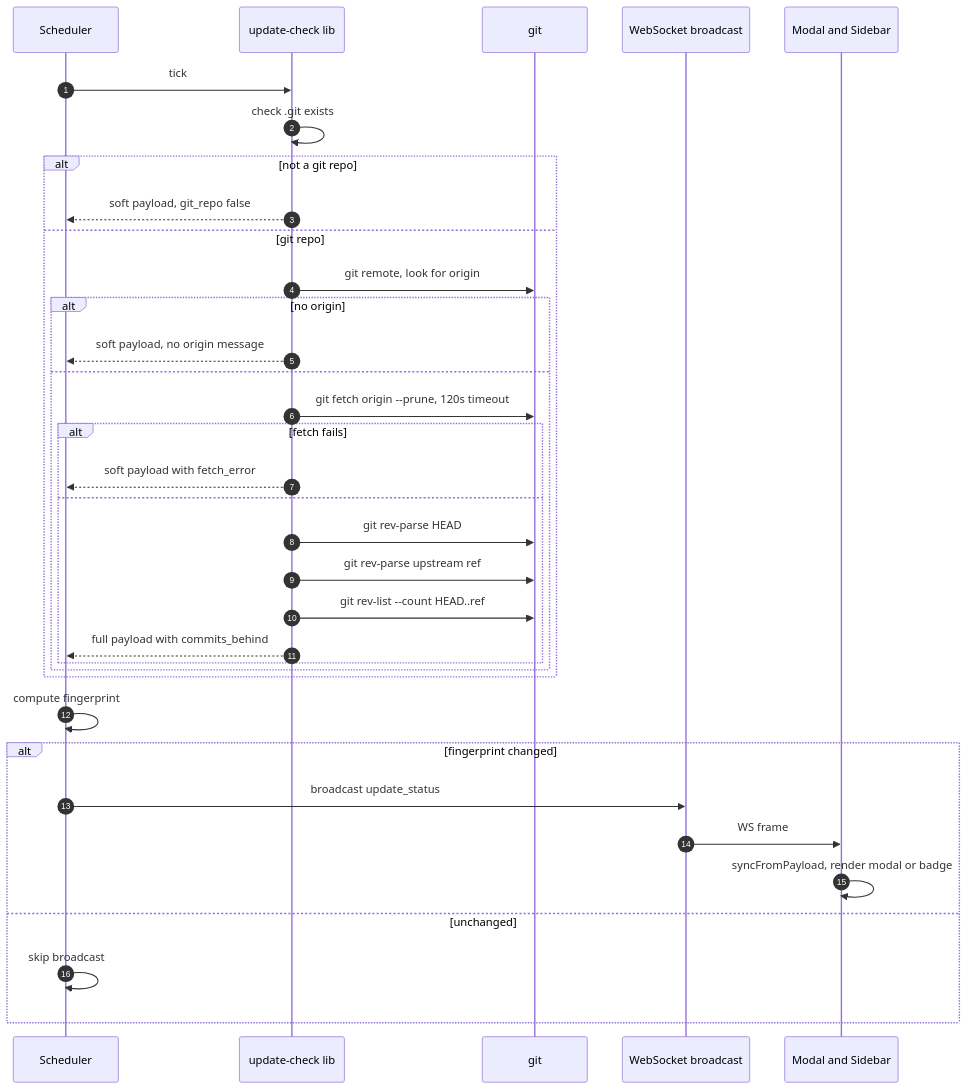
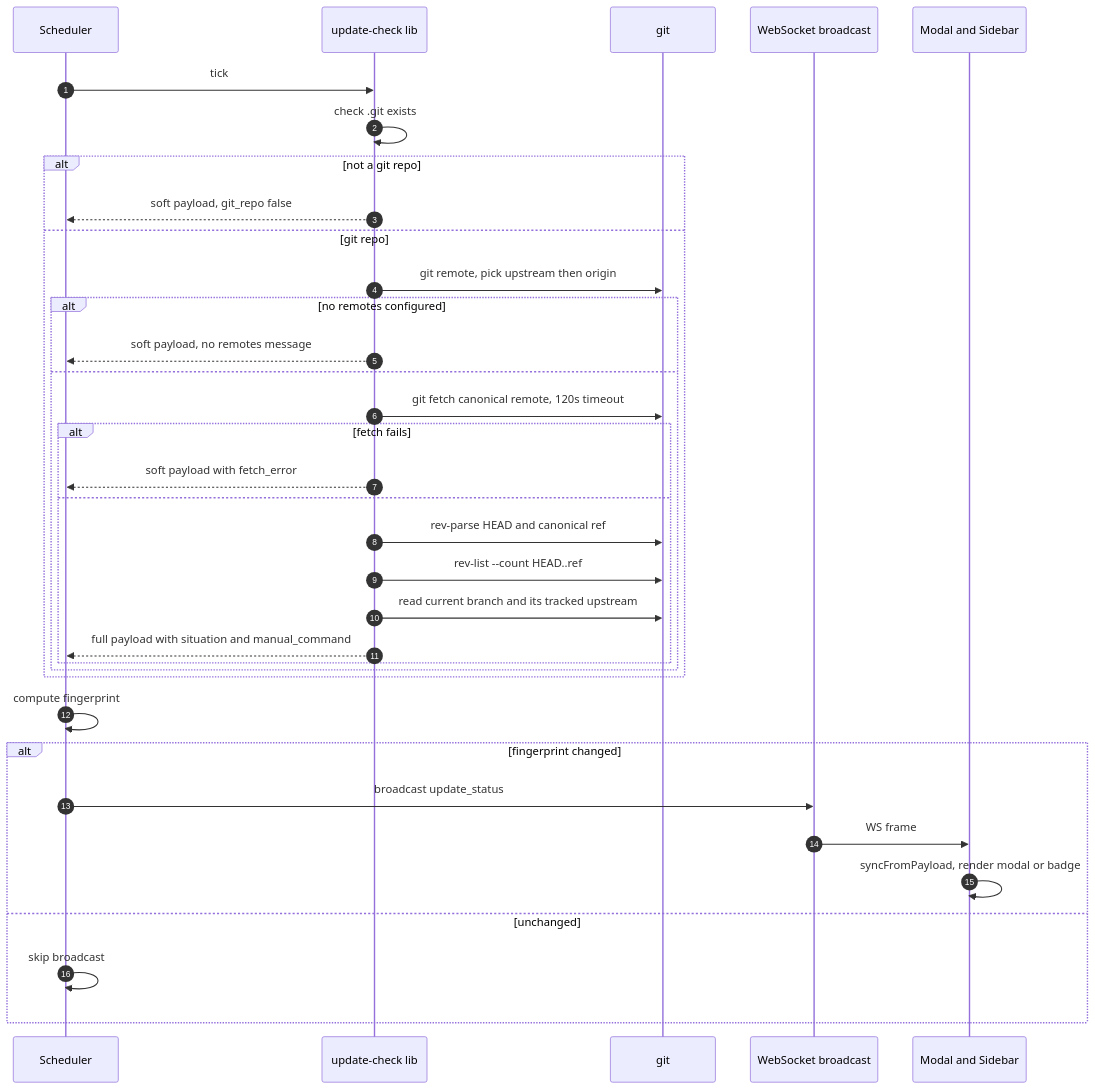
Before and after one commit to hoangsonww/Claude-Code-Agent-Monitor: diagram 30 of 38 in ARCHITECTURE.md, drawn with Mermaid. The commit also changed other lines of this file and 10 other files, not shown here.

First line of the commit message:
feat(updates): make update notifier branch- and fork-aware; shape manual_command per situation

````diff
--- a/ARCHITECTURE.md
+++ b/ARCHITECTURE.md
@@ -1524,38 +1524,38 @@
 ```mermaid
 sequenceDiagram
     autonumber
     participant Sched as Scheduler
     participant Lib as update-check lib
     participant Git as git
     participant WS as WebSocket broadcast
     participant Client as Modal and Sidebar
 
     Sched->>Lib: tick
     Lib->>Lib: check .git exists
     alt not a git repo
         Lib-->>Sched: soft payload, git_repo false
     else git repo
-        Lib->>Git: git remote, look for origin
-        alt no origin
-            Lib-->>Sched: soft payload, no origin message
+        Lib->>Git: git remote, pick upstream then origin
+        alt no remotes configured
+            Lib-->>Sched: soft payload, no remotes message
         else
-            Lib->>Git: git fetch origin --prune, 120s timeout
+            Lib->>Git: git fetch canonical remote, 120s timeout
             alt fetch fails
                 Lib-->>Sched: soft payload with fetch_error
             else
-                Lib->>Git: git rev-parse HEAD
-                Lib->>Git: git rev-parse upstream ref
-                Lib->>Git: git rev-list --count HEAD..ref
-                Lib-->>Sched: full payload with commits_behind
+                Lib->>Git: rev-parse HEAD and canonical ref
+                Lib->>Git: rev-list --count HEAD..ref
+                Lib->>Git: read current branch and its tracked upstream
+                Lib-->>Sched: full payload with situation and manual_command
             end
         end
     end
     Sched->>Sched: compute fingerprint
     alt fingerprint changed
         Sched->>WS: broadcast update_status
         WS->>Client: WS frame
         Client->>Client: syncFromPayload, render modal or badge
     else unchanged
         Sched->>Sched: skip broadcast
     end
 ```
````
